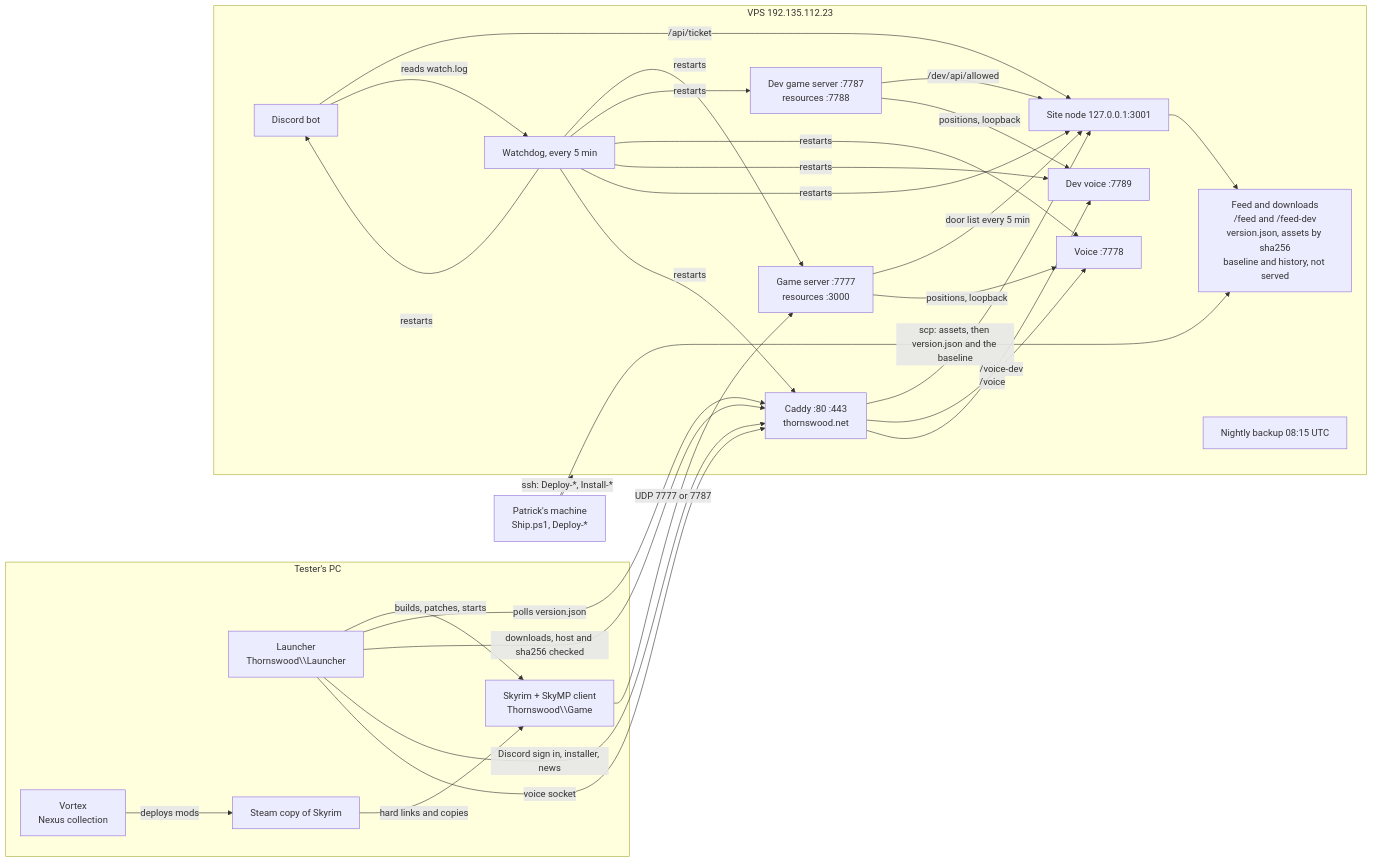
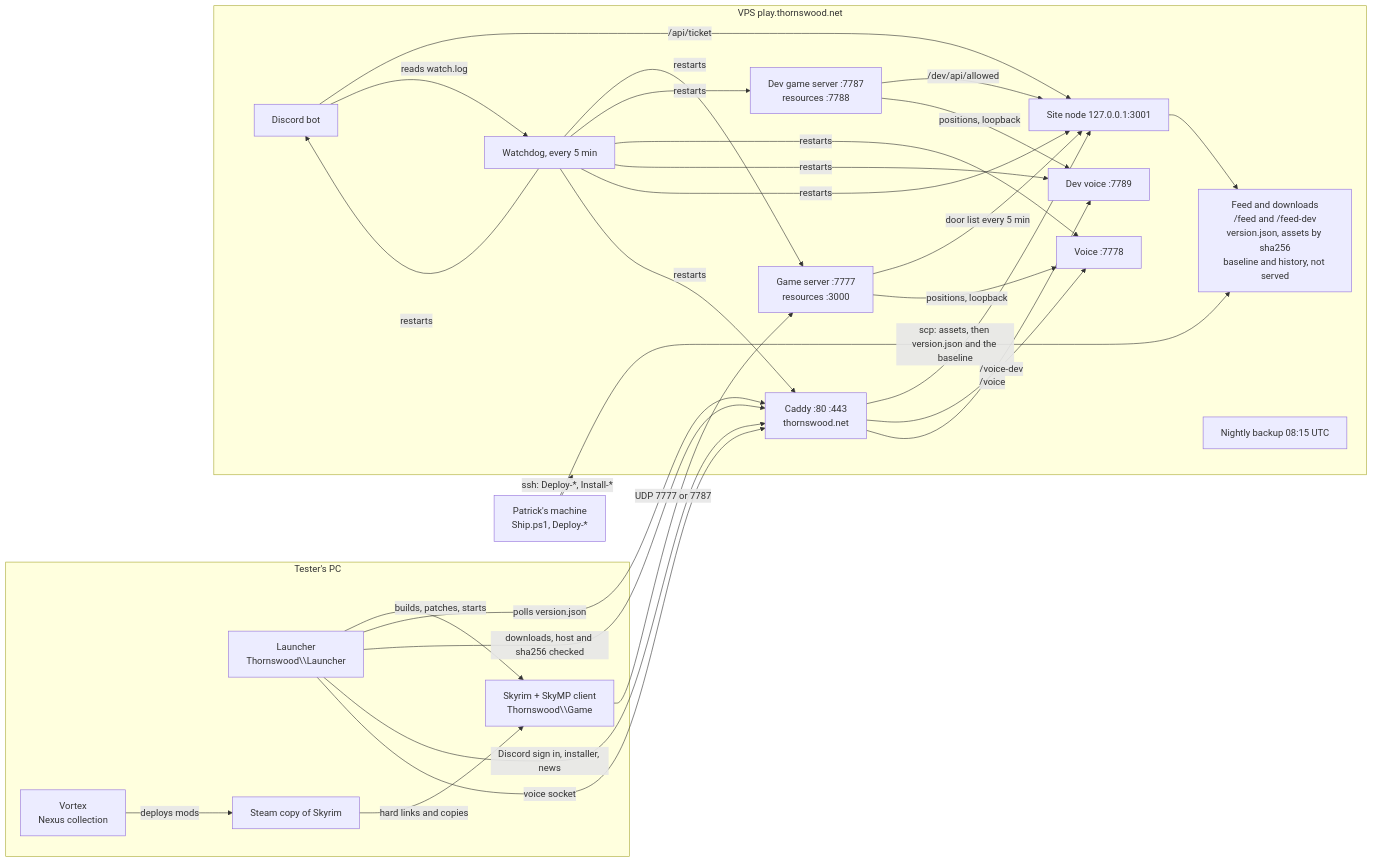
The diagram in docs/SERVER.md (EvilPatrick06/Thornswood), drawn with Mermaid before and after one commit. The commit also changed other lines of this file and 26 other files, not shown here.

````diff
--- a/docs/SERVER.md
+++ b/docs/SERVER.md
@@ -23,45 +23,45 @@
 ```mermaid
 flowchart LR
   subgraph PC["Tester's PC"]
     L["Launcher<br/>Thornswood\\Launcher"]
     G["Skyrim + SkyMP client<br/>Thornswood\\Game"]
     V["Vortex<br/>Nexus collection"]
     S["Steam copy of Skyrim"]
     V -->|deploys mods| S
     S -->|hard links and copies| G
     L -->|builds, patches, starts| G
   end
 
-  subgraph VPS["VPS 192.135.112.23"]
+  subgraph VPS["VPS play.thornswood.net"]
     C["Caddy :80 :443<br/>thornswood.net"]
     W["Site node 127.0.0.1:3001"]
     F["Feed and downloads<br/>/feed and /feed-dev<br/>version.json, assets by sha256<br/>baseline and history, not served"]
     W --> F
     GS["Game server :7777<br/>resources :3000"]
     DS["Dev game server :7787<br/>resources :7788"]
     VO["Voice :7778"]
     VD["Dev voice :7789"]
     B["Discord bot"]
     WD["Watchdog, every 5 min"]
     BK["Nightly backup 08:15 UTC"]
     C --> W
     C -->|/voice| VO
     C -->|/voice-dev| VD
     GS -->|door list every 5 min| W
     DS -->|/dev/api/allowed| W
     GS -->|positions, loopback| VO
     DS -->|positions, loopback| VD
     B -->|/api/ticket| W
     B -->|reads watch.log| WD
     WD -->|restarts| GS & DS & VO & VD & W & C & B
   end
 
   P["Patrick's machine<br/>Ship.ps1, Deploy-*"]
   P -->|scp: assets, then version.json and the baseline| F
   P -->|ssh: Deploy-*, Install-*| VPS
   L -->|polls version.json| C
   L -->|downloads, host and sha256 checked| C
   L -->|Discord sign in, installer, news| C
   G -->|UDP 7777 or 7787| GS
   L -->|voice socket| C
 ```
````
